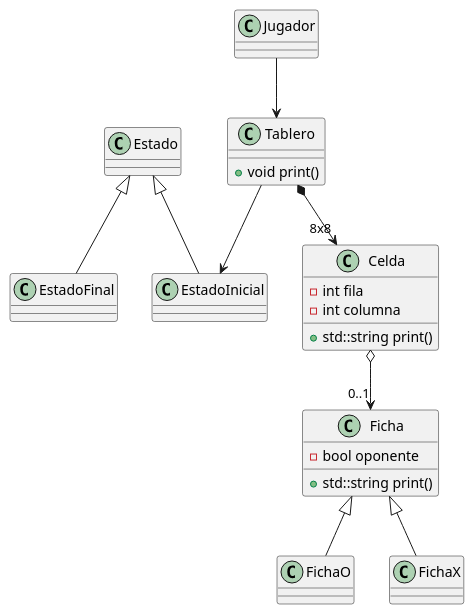
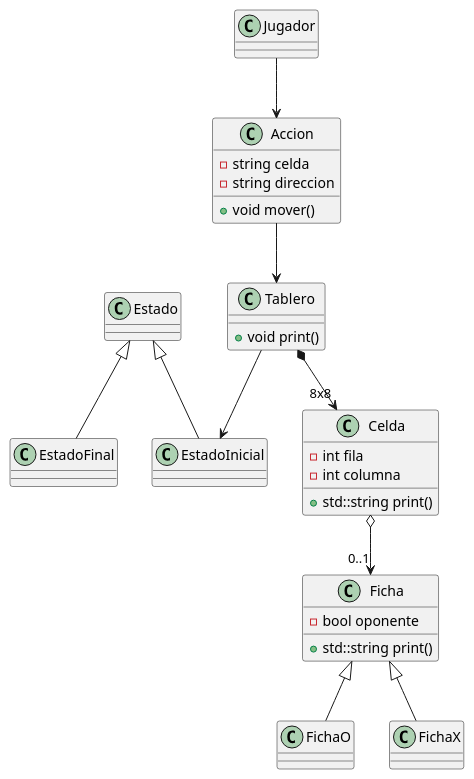
The diagram in uml/Chess.puml (joaquinariasgomez/Chess), drawn with PlantUML before and after one commit. The commit also changed 16 other files, not shown here.

```diff
--- a/uml/Chess.puml
+++ b/uml/Chess.puml
@@ -1,29 +1,36 @@
 @startuml
 
 class Tablero {
     +void print()
+}
+
+class Accion {
+    +void mover()
+    -string celda
+    -string direccion
 }
 
 class Celda {
     +std::string print()
     -int fila
     -int columna
 }
 
 class Ficha {
     +std::string print()
     -bool oponente
 }
 
-Jugador --> Tablero
+Jugador --> Accion
+Accion --> Tablero
 
 Tablero *--> "8x8" Celda
 Celda o--> "0..1" Ficha
 Ficha <|-- FichaO
 Ficha <|-- FichaX
 
 Tablero --> EstadoInicial
 Estado <|-- EstadoInicial
 Estado <|-- EstadoFinal
 
 @enduml
```
